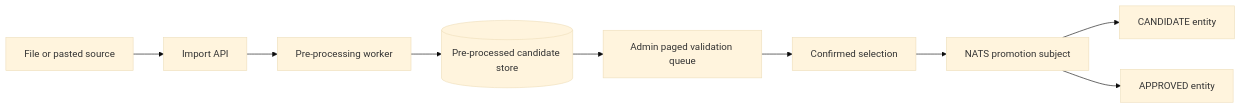
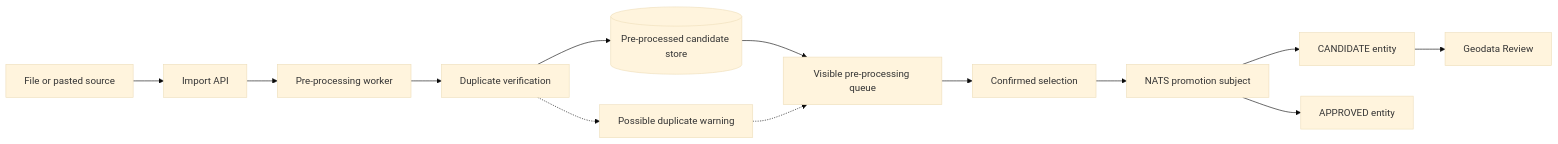
Before and after one commit to myota-platform/myota-docs: the diagram in docs/diagrams/geodata-import-validation.md, drawn with Mermaid (base theme). The commit also changed other lines of this file and 4 other files, not shown here.

First line of the commit message:
Document staged import verification flow

````diff
--- a/docs/diagrams/geodata-import-validation.md
+++ b/docs/diagrams/geodata-import-validation.md
@@ -7,11 +7,15 @@
 ```mermaid
 flowchart LR
   Source[File or pasted source] --> Intake[Import API]
   Intake --> Pre[Pre-processing worker]
-  Pre --> Store[(Pre-processed candidate store)]
-  Store --> Admin[Admin paged validation queue]
+  Pre --> Dedup[Duplicate verification]
+  Dedup --> Store[(Pre-processed candidate store)]
+  Dedup -.-> Warning[Possible duplicate warning]
+  Store --> Admin[Visible pre-processing queue]
+  Warning -.-> Admin
   Admin --> Validate[Confirmed selection]
   Validate --> NATS[NATS promotion subject]
   NATS --> Candidate[CANDIDATE entity]
   NATS --> Approved[APPROVED entity]
+  Candidate --> Review[Geodata Review]
 ```
````
